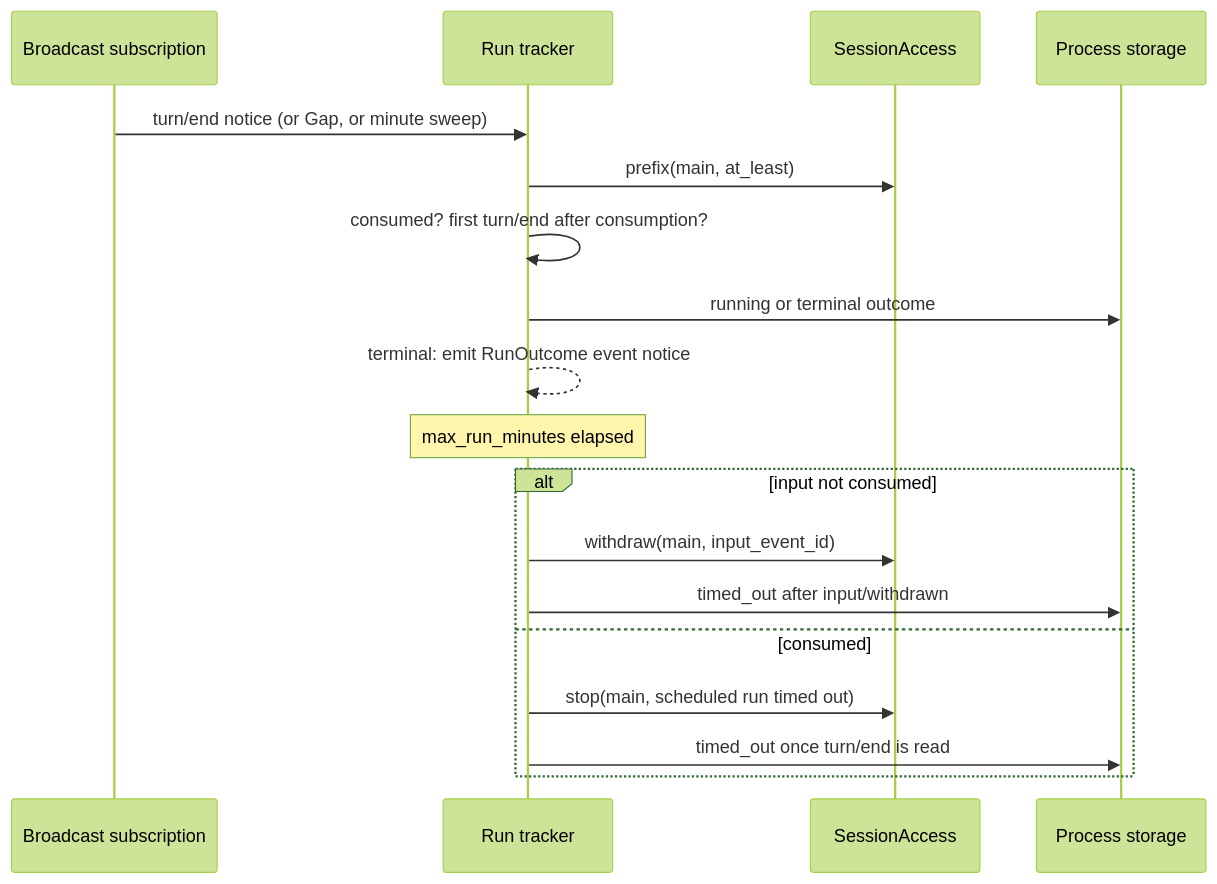
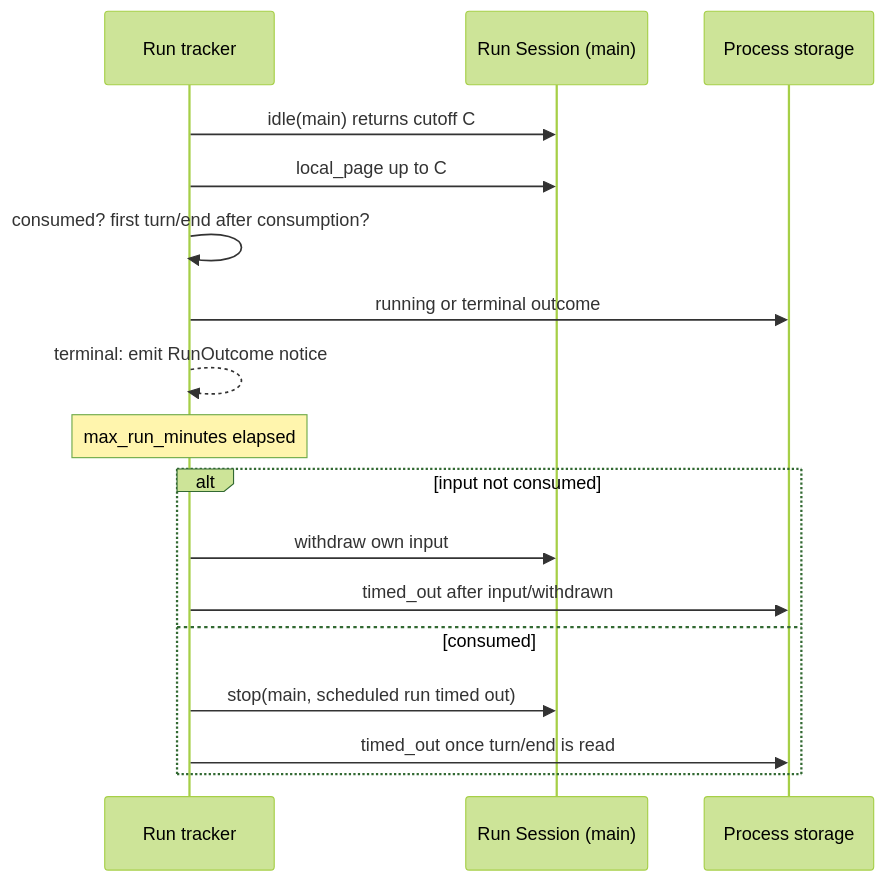
Before and after one commit to CoutinhoTTS/dim-agent: the fourth of 6 diagrams in docs/design/plugins/Scheduler.md, drawn with Mermaid (forest theme). The commit also changed other lines of this file and 3 other files, not shown here.

````diff
--- a/docs/design/plugins/Scheduler.md
+++ b/docs/design/plugins/Scheduler.md
@@ -115,20 +107,19 @@
 ```mermaid
 sequenceDiagram
-  participant SB as Broadcast subscription
   participant R as Run tracker
-  participant SA as SessionAccess
+  participant S as Run Session (main)
   participant ST as Process storage
-  SB->>R: turn/end notice (or Gap, or minute sweep)
-  R->>SA: prefix(main, at_least)
+  R->>S: idle(main) returns cutoff C
+  R->>S: local_page up to C
   R->>R: consumed? first turn/end after consumption?
   R->>ST: running or terminal outcome
-  R-->>R: terminal: emit RunOutcome event notice
+  R-->>R: terminal: emit RunOutcome notice
   Note over R: max_run_minutes elapsed
   alt input not consumed
-    R->>SA: withdraw(main, input_event_id)
+    R->>S: withdraw own input
     R->>ST: timed_out after input/withdrawn
   else consumed
-    R->>SA: stop(main, scheduled run timed out)
+    R->>S: stop(main, scheduled run timed out)
     R->>ST: timed_out once turn/end is read
   end
 ```
````
